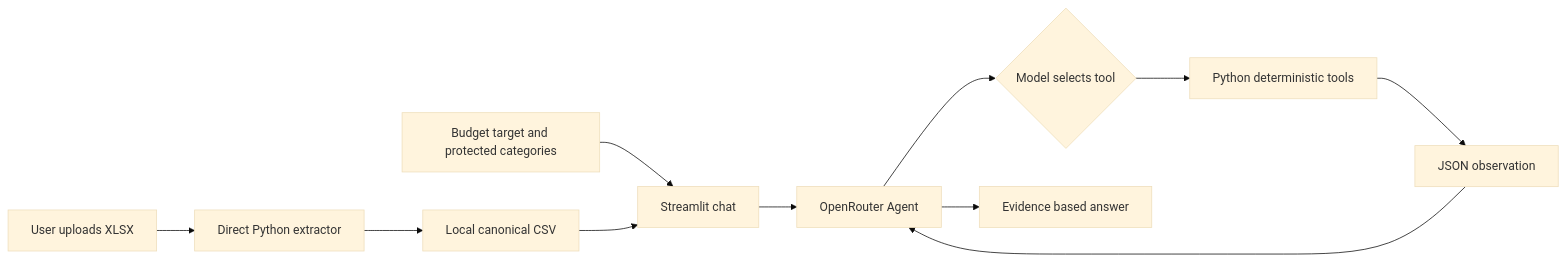
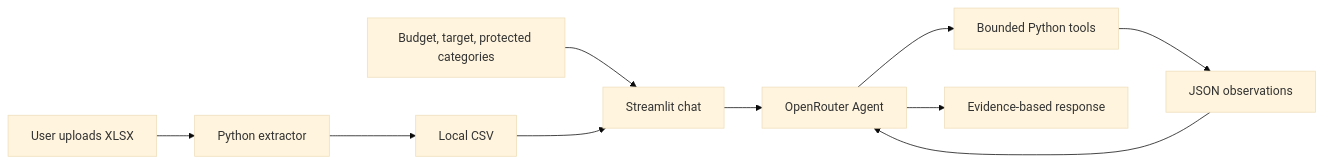
Before and after one commit to yhh355/personal-finance-agent: the diagram in README.md, drawn with Mermaid (base theme). The commit also changed other lines of this file, not shown here.

````diff
--- a/README.md
+++ b/README.md
@@ -19,13 +24,12 @@
 ```mermaid
 flowchart LR
-    A[User uploads XLSX] --> B[Direct Python extractor]
-    B --> C[Local canonical CSV]
-    U[Budget target and protected categories] --> D[Streamlit chat]
-    C --> D
-    D --> E[OpenRouter Agent]
-    E --> F{Model selects tool}
-    F --> G[Python deterministic tools]
-    G --> H[JSON observation]
-    H --> E
-    E --> I[Evidence based answer]
+    A[User uploads XLSX] --> B[Python extractor]
+    B --> C[Local CSV]
+    D[Budget, target, protected categories] --> E[Streamlit chat]
+    C --> E
+    E --> F[OpenRouter Agent]
+    F --> G[Bounded Python tools]
+    G --> H[JSON observations]
+    H --> F
+    F --> I[Evidence-based response]
 ```
````
